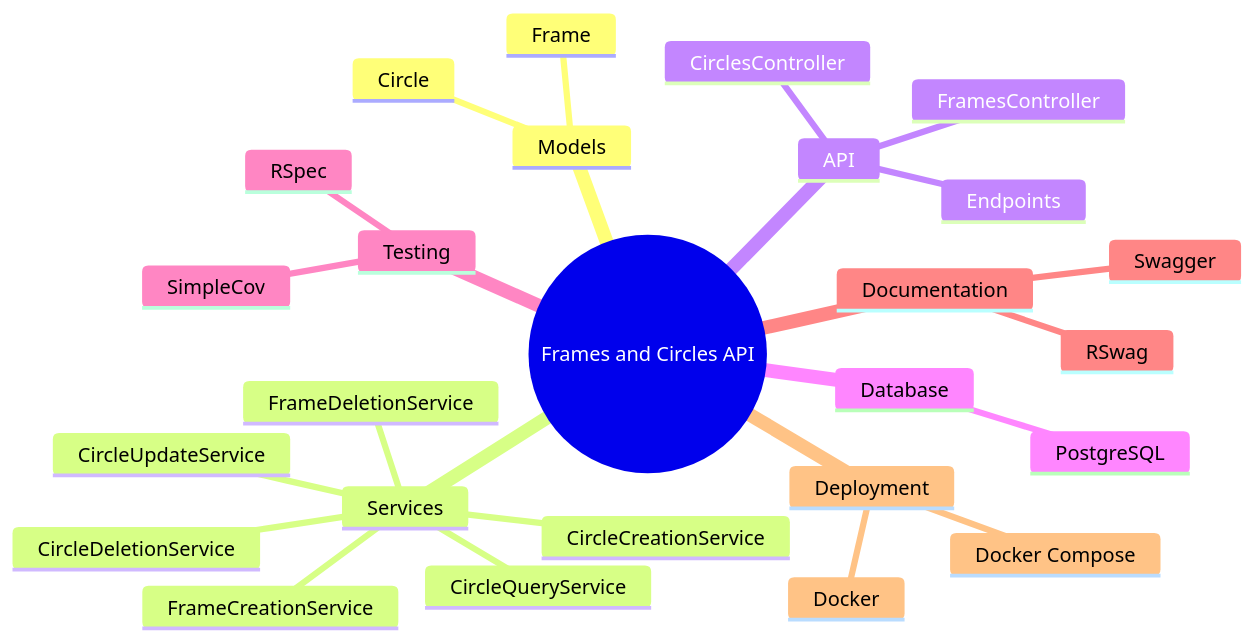
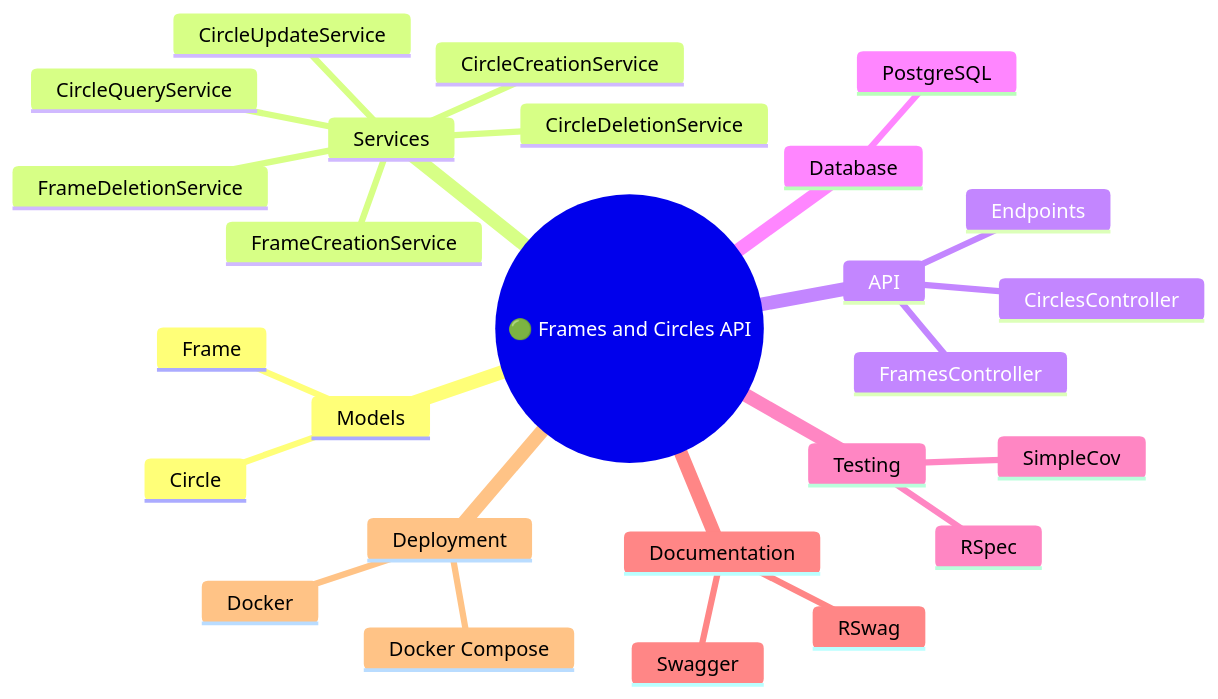
One commit to enogrob/rails_frames_and_circles_api changed the fourth of 8 diagrams in README.md. Above: the diagram before and after it, drawn with Mermaid. The commit also changed other lines of this file and 2 other files, not shown here.

````diff
--- a/README.md
+++ b/README.md
@@ -142,29 +159,30 @@
 ```mermaid
+%% Mind Map with Pastel Colors and Emoticons
 mindmap
-  root((Frames and Circles API))
+  root((🟢 Frames and Circles API))
     Models
       Frame
       Circle
     Services
       FrameCreationService
       FrameDeletionService
       CircleCreationService
       CircleDeletionService
       CircleQueryService
       CircleUpdateService
     API
       FramesController
       CirclesController
       Endpoints
     Database
       PostgreSQL
     Testing
       RSpec
       SimpleCov
     Documentation
       Swagger
       RSwag
     Deployment
       Docker
       Docker Compose
 ```
````
